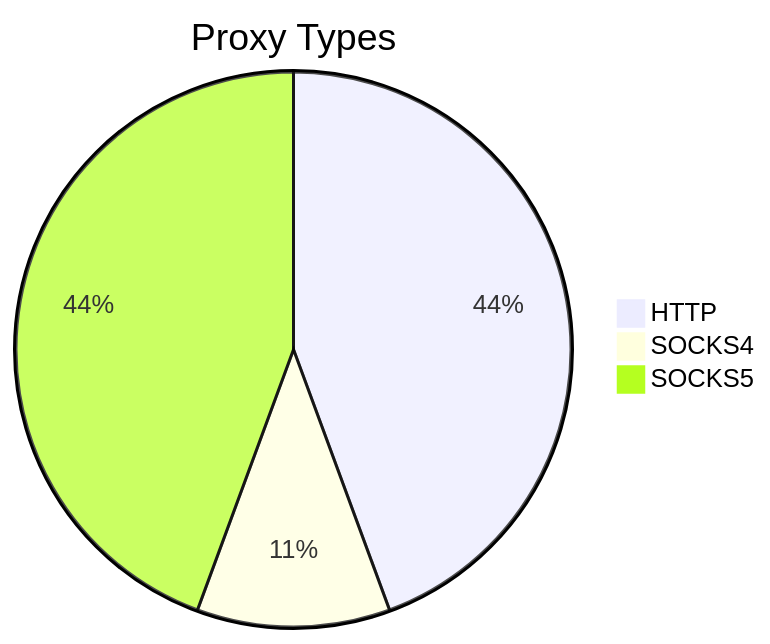
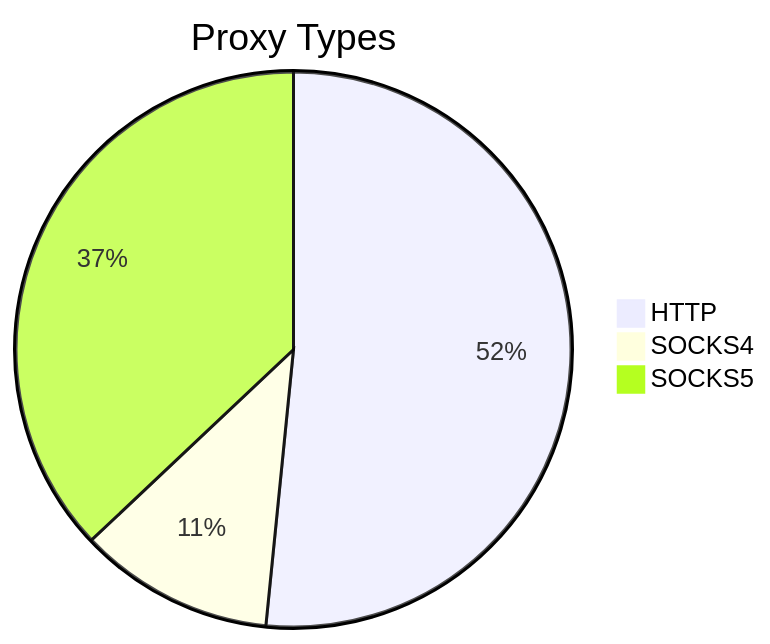
The first of 2 diagrams in README.md (stormsia/proxy-list), drawn with Mermaid before and after one commit. The commit also changed other lines of this file, not shown here.

````diff
--- a/README.md
+++ b/README.md
@@ -21,6 +21,6 @@
 ```mermaid
 pie title Proxy Types
-    "HTTP" : 150
-    "SOCKS4" : 38
-    "SOCKS5" : 150
+    "HTTP" : 195
+    "SOCKS4" : 43
+    "SOCKS5" : 140
 ```
````
